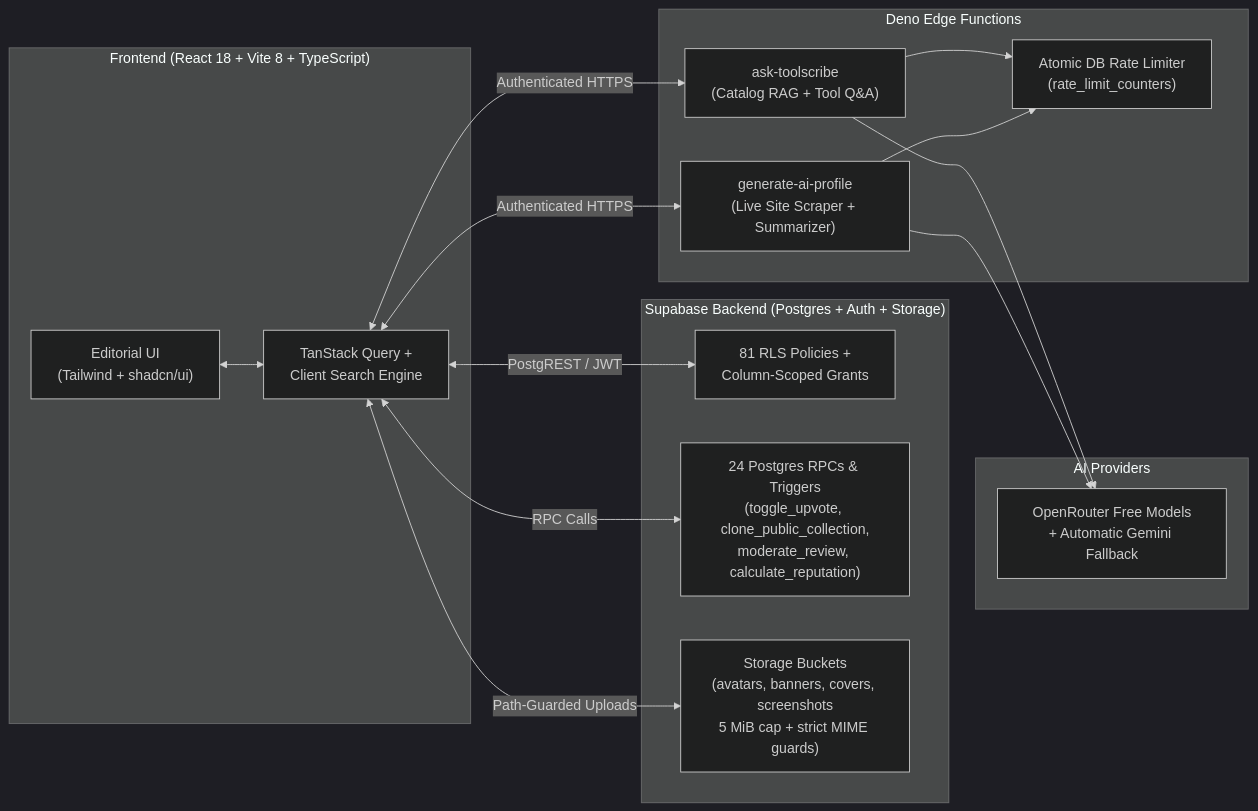
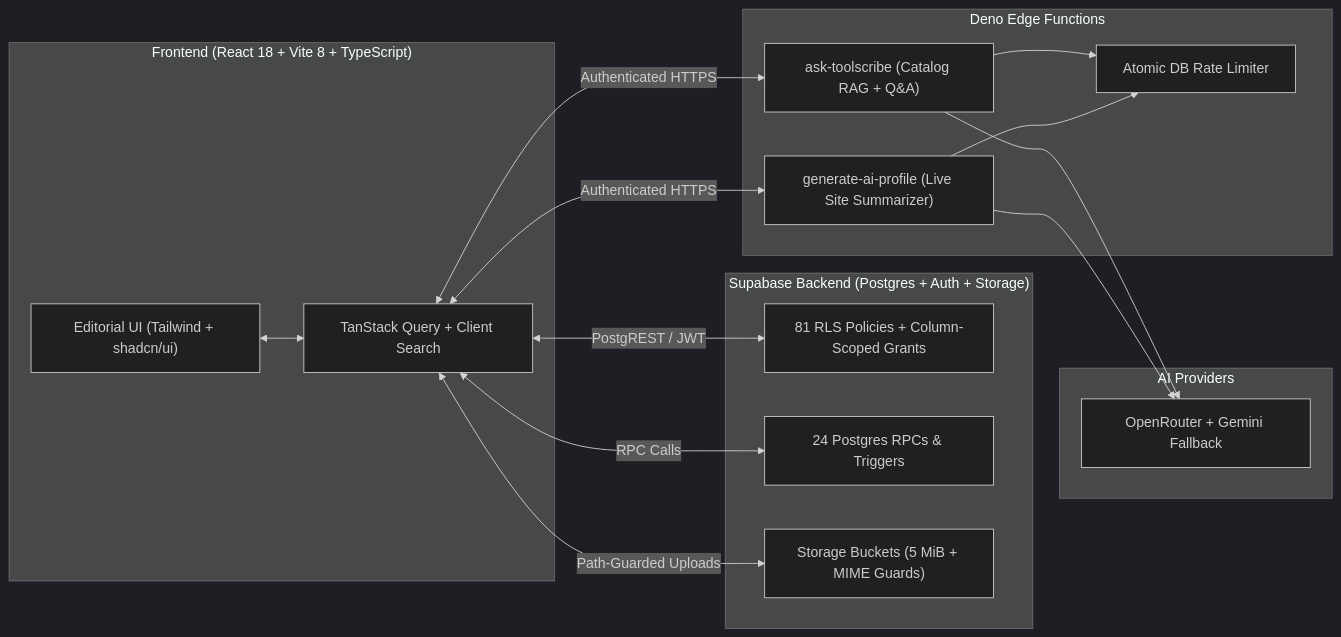
One commit to anshux1098/Tool-scribes changed the diagram in README.md. Above: the diagram before and after it, drawn with Mermaid (dark theme). The commit also changed other lines of this file and 8 other files, not shown here.

````diff
--- a/README.md
+++ b/README.md
@@ -119,34 +116,34 @@
 ```mermaid
 flowchart LR
     subgraph Client["Frontend (React 18 + Vite 8 + TypeScript)"]
-        UI["Editorial UI\n(Tailwind + shadcn/ui)"]
-        State["TanStack Query +\nClient Search Engine"]
+        UI["Editorial UI (Tailwind + shadcn/ui)"]
+        State["TanStack Query + Client Search"]
     end
 
     subgraph Supabase["Supabase Backend (Postgres + Auth + Storage)"]
-        RLS["81 RLS Policies +\nColumn-Scoped Grants"]
-        RPC["24 Postgres RPCs & Triggers\n(toggle_upvote, clone_public_collection,\nmoderate_review, calculate_reputation)"]
-        Storage["Storage Buckets\n(avatars, banners, covers, screenshots\n5 MiB cap + strict MIME guards)"]
+        RLS["81 RLS Policies + Column-Scoped Grants"]
+        RPC["24 Postgres RPCs & Triggers"]
+        Storage["Storage Buckets (5 MiB + MIME Guards)"]
     end
 
     subgraph Edge["Deno Edge Functions"]
-        AskAI["ask-toolscribe\n(Catalog RAG + Tool Q&A)"]
-        GenProfile["generate-ai-profile\n(Live Site Scraper + Summarizer)"]
-        RateLimit["Atomic DB Rate Limiter\n(rate_limit_counters)"]
+        AskAI["ask-toolscribe (Catalog RAG + Q&A)"]
+        GenProfile["generate-ai-profile (Live Site Summarizer)"]
+        RateLimit["Atomic DB Rate Limiter"]
     end
 
     subgraph LLM["AI Providers"]
-        OR["OpenRouter Free Models\n+ Automatic Gemini Fallback"]
+        OR["OpenRouter + Gemini Fallback"]
     end
 
     UI <--> State
     State <-->|"PostgREST / JWT"| RLS
     State <-->|"RPC Calls"| RPC
     State <-->|"Path-Guarded Uploads"| Storage
     State <-->|"Authenticated HTTPS"| AskAI
     State <-->|"Authenticated HTTPS"| GenProfile
     AskAI --> RateLimit
     GenProfile --> RateLimit
     AskAI --> OR
     GenProfile --> OR
 ```
````
